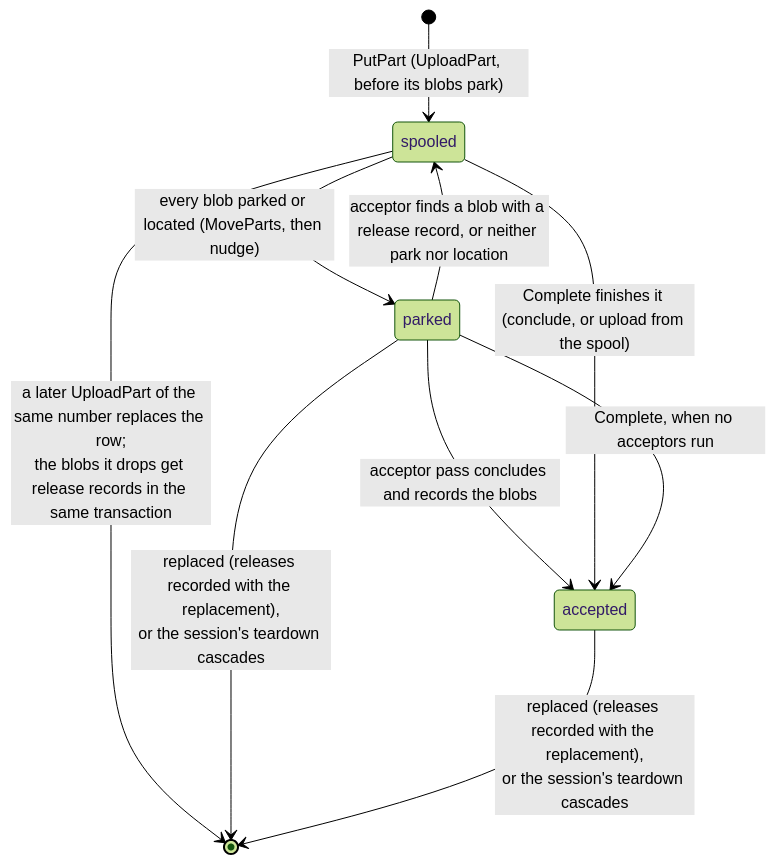
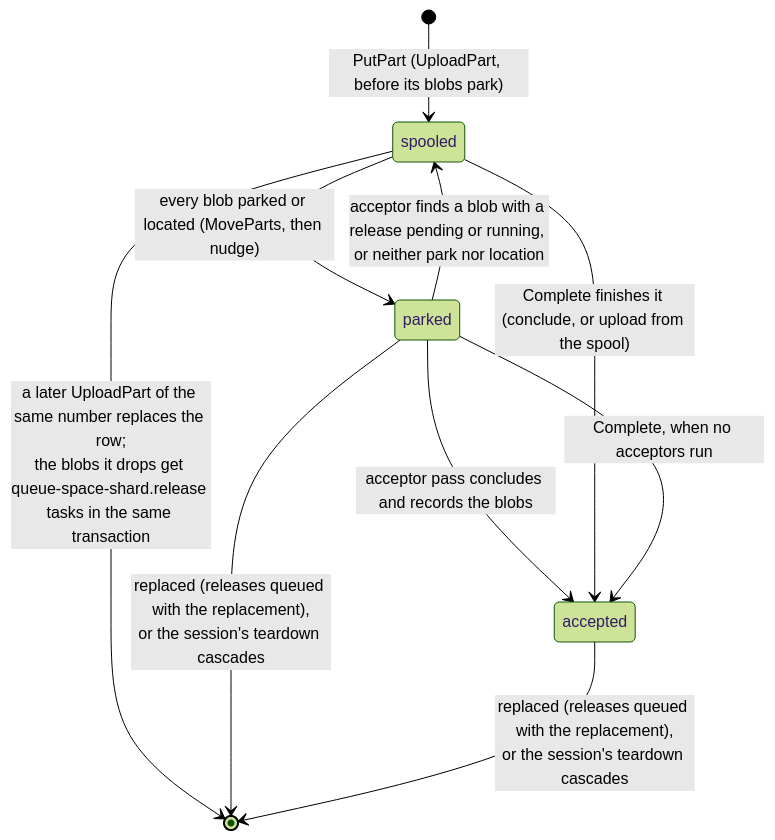
One commit to fil-forge/ingot changed the seventh of 15 diagrams in docs/diagrams.md. Above: the diagram before and after it, drawn with Mermaid (forest theme). The commit also changed other lines of this file and 46 other files, not shown here.

First line of the commit message:
feat: release blobs as `queue-space-shard.release` tasks (#344)

````diff
--- a/docs/diagrams.md
+++ b/docs/diagrams.md
@@ -625,12 +627,12 @@
 ```mermaid
 stateDiagram-v2
     [*] --> spooled : PutPart (UploadPart, before its blobs park)
     spooled --> parked : every blob parked or located (MoveParts, then nudge)
     parked --> accepted : acceptor pass concludes and records the blobs
-    parked --> spooled : acceptor finds a blob with a release record, or neither park nor location
+    parked --> spooled : acceptor finds a blob with a release pending or running, or neither park nor location
     spooled --> accepted : Complete finishes it (conclude, or upload from the spool)
     parked --> accepted : Complete, when no acceptors run
-    spooled --> [*] : a later UploadPart of the same number replaces the row#59;<br/>the blobs it drops get release records in the same transaction
-    parked --> [*] : replaced (releases recorded with the replacement),<br/>or the session's teardown cascades
-    accepted --> [*] : replaced (releases recorded with the replacement),<br/>or the session's teardown cascades
+    spooled --> [*] : a later UploadPart of the same number replaces the row#59;<br/>the blobs it drops get queue-space-shard.release tasks in the same transaction
+    parked --> [*] : replaced (releases queued with the replacement),<br/>or the session's teardown cascades
+    accepted --> [*] : replaced (releases queued with the replacement),<br/>or the session's teardown cascades
 ```
````
